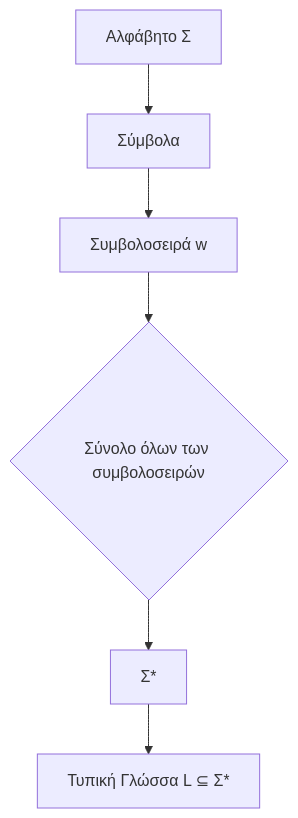
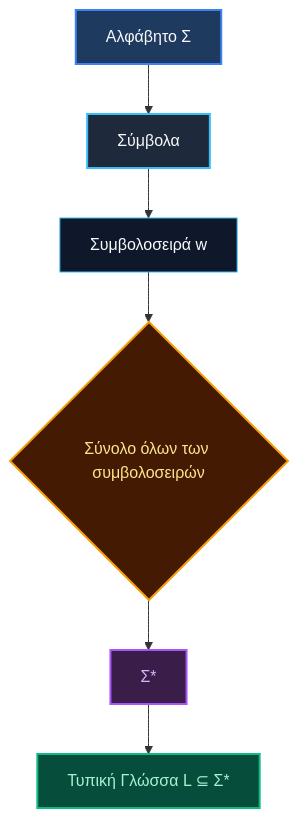
One commit to PanagopoulosNikolaos/DitOpenNotes changed the first of 4 diagrams in Year_1/Semester_2/DISCRETE_MATHEMATICS/Resources/Notes/07_automata_and_formal_languages.md. Above: the diagram before and after it, drawn with Mermaid. The commit also changed other lines of this file and 6 other files, not shown here.

````diff
--- a/Year_1/Semester_2/DISCRETE_MATHEMATICS/Resources/Notes/07_automata_and_formal_languages.md
+++ b/Year_1/Semester_2/DISCRETE_MATHEMATICS/Resources/Notes/07_automata_and_formal_languages.md
@@ -11,8 +11,15 @@
 ```mermaid
 graph TD
-    A[Αλφάβητο Σ] --> B[Σύμβολα];
-    B --> C[Συμβολοσειρά w];
-    C --> D{Σύνολο όλων των συμβολοσειρών};
-    D --> E[Σ*];
-    E --> F[Τυπική Γλώσσα L ⊆ Σ*];
+    A["Αλφάβητο Σ"] --> B["Σύμβολα"]
+    B --> C["Συμβολοσειρά w"]
+    C --> D{"Σύνολο όλων των συμβολοσειρών"}
+    D --> E["Σ*"]
+    E --> F["Τυπική Γλώσσα L ⊆ Σ*"]
+
+    style A fill:#1e3a5f,stroke:#3b82f6,stroke-width:2px,color:#f8fafc
+    style B fill:#1e293b,stroke:#38bdf8,stroke-width:2px,color:#f8fafc
+    style C fill:#0f172a,stroke:#38bdf8,color:#f8fafc
+    style D fill:#451a03,stroke:#f59e0b,stroke-width:2px,color:#fde68a
+    style E fill:#3b1d4a,stroke:#a855f7,stroke-width:2px,color:#d8b4fe
+    style F fill:#064e3b,stroke:#10b981,stroke-width:2px,color:#a7f3d0
 ```
````
